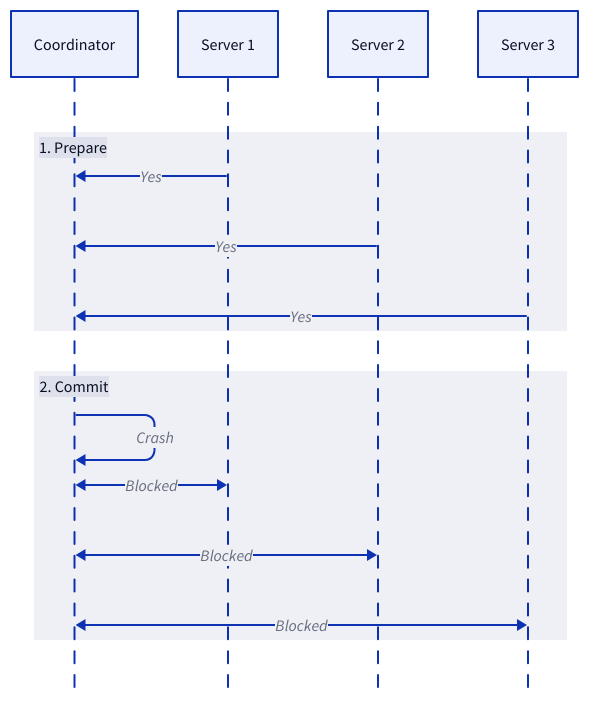
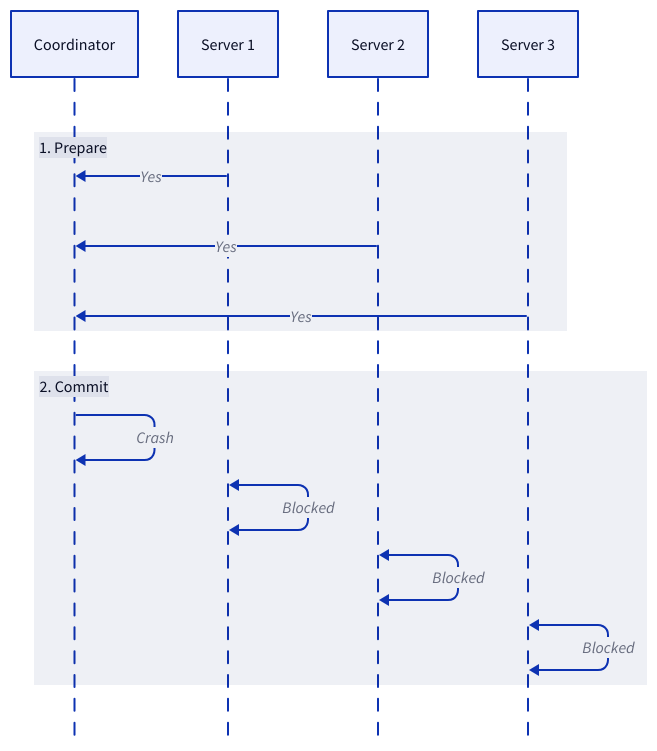
The fifth of 15 diagrams in content/docs/design-patterns/distributed-transaction/blocking-protocols.md (link1905/system-design-101), drawn with D2 before and after one commit. The commit also changed other lines of this file and 11 other files, not shown here.

````diff
--- a/content/docs/design-patterns/distributed-transaction/blocking-protocols.md
+++ b/content/docs/design-patterns/distributed-transaction/blocking-protocols.md
@@ -141,34 +156,34 @@
 ```d2
 shape: sequence_diagram
 c: Coordinator {
     class: router
 }
 s1: Server 1 {
     class: server
 }
 s2: Server 2 {
     class: server
 }
 s3: Server 3 {
     class: server
 }
 "1. Prepare" {
     s1 -> c: "Yes"
     s2 -> c: "Yes"
     s3 -> c: "Yes"
 }
 "2. Commit" {
     c -> c: Crash {
         class: error-conn
     }
-    s1 <-> c: Blocked {
-       class: i-conn
+    s1 <-> s1: Blocked {
+        class: error-conn
     }
-    s2 <-> c: Blocked {
-       class: i-conn
+    s2 <-> s2: Blocked {
+        class: error-conn
     }
-    s3 <-> c: Blocked {
-       class: i-conn
+    s3 <-> s3: Blocked {
+        class: error-conn
     }
 }
 ```
````
